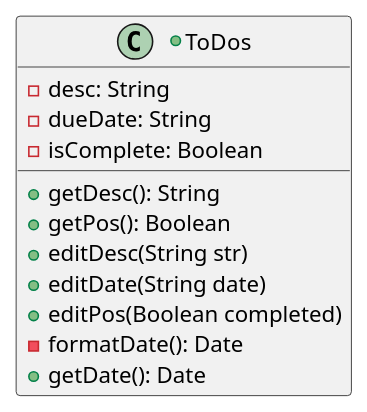
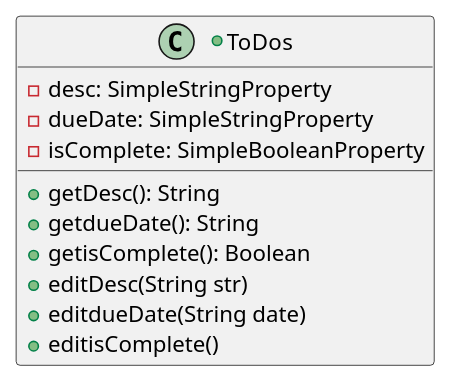
One commit to mel4ni3/ehrlich-cop3330-assignment4part2 changed the diagram in uml/ToDos.puml. Above: the diagram before and after it, drawn with PlantUML. The commit also changed 13 other files, not shown here.

```diff
--- a/uml/ToDos.puml
+++ b/uml/ToDos.puml
@@ -1,17 +1,17 @@
 @startuml
 'https://plantuml.com/class-diagram
 
 +class ToDos {
-- desc: String
-- dueDate: String
-- isComplete: Boolean
+- desc: SimpleStringProperty
+- dueDate: SimpleStringProperty
+- isComplete: SimpleBooleanProperty
 + getDesc(): String
-+ getPos(): Boolean
++ getdueDate(): String
++ getisComplete(): Boolean
 + editDesc(String str)
-+ editDate(String date)
-+ editPos(Boolean completed)
-- formatDate(): Date
-+ getDate(): Date
++ editdueDate(String date)
++ editisComplete()
+
 }
 
 @enduml
```
